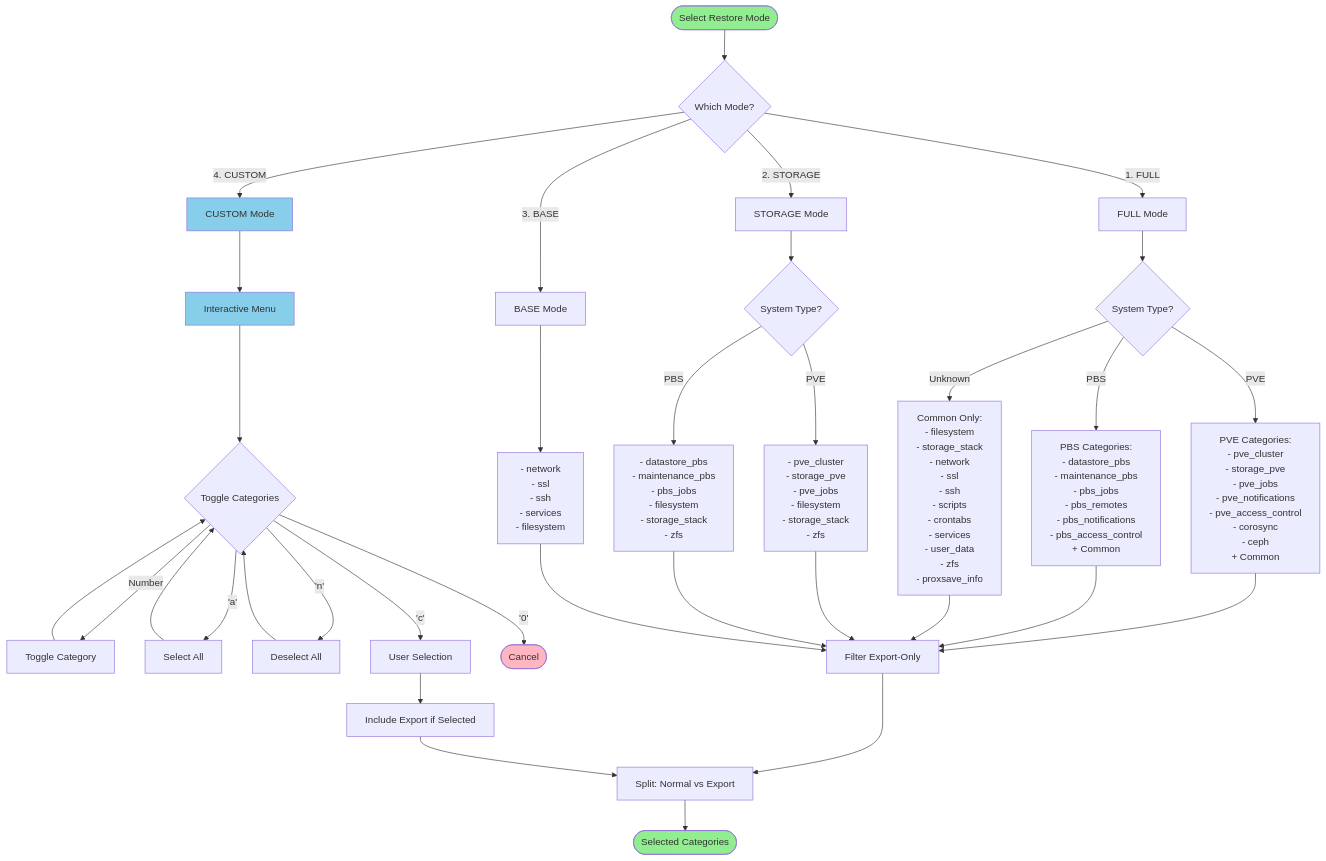
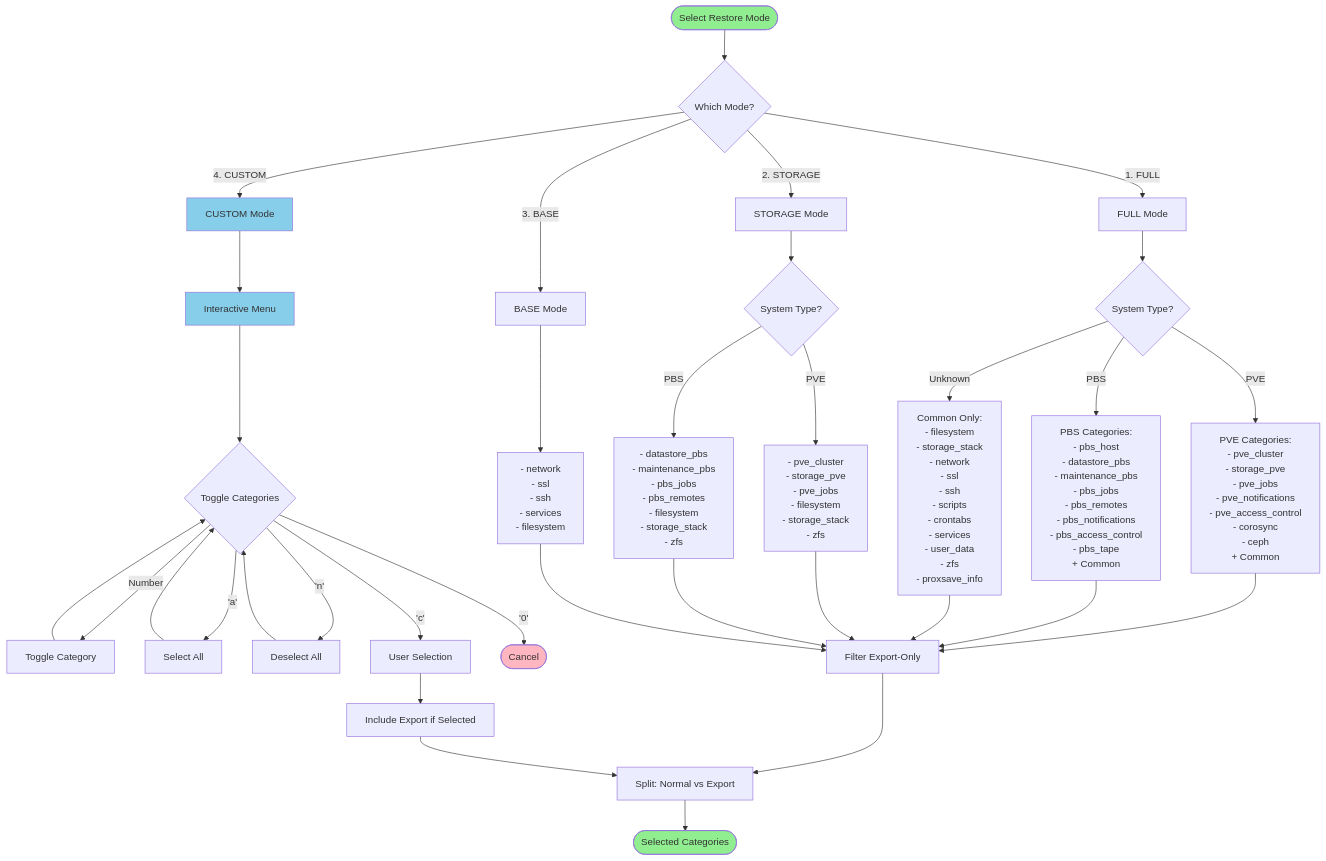
Before and after one commit to tis24dev/proxsave: the second of 12 diagrams in docs/RESTORE_DIAGRAMS.md, drawn with Mermaid. The commit also changed 8 other files, not shown here.

First line of the commit message:
Extend PBS restore coverage (host/integrations, tape, S3) and align categories/docs  Description

````diff
--- a/docs/RESTORE_DIAGRAMS.md
+++ b/docs/RESTORE_DIAGRAMS.md
@@ -91,49 +91,49 @@
 ```mermaid
 flowchart TD
     Start([Select Restore Mode]) --> Mode{Which Mode?}
 
     Mode -->|1. FULL| Full[FULL Mode]
     Mode -->|2. STORAGE| Storage[STORAGE Mode]
     Mode -->|3. BASE| Base[BASE Mode]
     Mode -->|4. CUSTOM| Custom[CUSTOM Mode]
 
     Full --> SystemFull{System Type?}
     SystemFull -->|PVE| PVEFull[PVE Categories:<br/>- pve_cluster<br/>- storage_pve<br/>- pve_jobs<br/>- pve_notifications<br/>- pve_access_control<br/>- corosync<br/>- ceph<br/>+ Common]
-    SystemFull -->|PBS| PBSFull[PBS Categories:<br/>- datastore_pbs<br/>- maintenance_pbs<br/>- pbs_jobs<br/>- pbs_remotes<br/>- pbs_notifications<br/>- pbs_access_control<br/>+ Common]
+    SystemFull -->|PBS| PBSFull[PBS Categories:<br/>- pbs_host<br/>- datastore_pbs<br/>- maintenance_pbs<br/>- pbs_jobs<br/>- pbs_remotes<br/>- pbs_notifications<br/>- pbs_access_control<br/>- pbs_tape<br/>+ Common]
     SystemFull -->|Unknown| CommonFull[Common Only:<br/>- filesystem<br/>- storage_stack<br/>- network<br/>- ssl<br/>- ssh<br/>- scripts<br/>- crontabs<br/>- services<br/>- user_data<br/>- zfs<br/>- proxsave_info]
 
     Storage --> SystemStorage{System Type?}
     SystemStorage -->|PVE| PVEStorage[- pve_cluster<br/>- storage_pve<br/>- pve_jobs<br/>- filesystem<br/>- storage_stack<br/>- zfs]
-    SystemStorage -->|PBS| PBSStorage[- datastore_pbs<br/>- maintenance_pbs<br/>- pbs_jobs<br/>- filesystem<br/>- storage_stack<br/>- zfs]
+    SystemStorage -->|PBS| PBSStorage[- datastore_pbs<br/>- maintenance_pbs<br/>- pbs_jobs<br/>- pbs_remotes<br/>- filesystem<br/>- storage_stack<br/>- zfs]
 
     Base --> BaseCats[- network<br/>- ssl<br/>- ssh<br/>- services<br/>- filesystem]
 
     Custom --> CheckboxMenu[Interactive Menu]
     CheckboxMenu --> ToggleLoop{Toggle Categories}
     ToggleLoop -->|Number| Toggle[Toggle Category]
     Toggle --> ToggleLoop
     ToggleLoop -->|'a'| SelectAll[Select All]
     SelectAll --> ToggleLoop
     ToggleLoop -->|'n'| DeselectAll[Deselect All]
     DeselectAll --> ToggleLoop
     ToggleLoop -->|'c'| CustomSelected[User Selection]
     ToggleLoop -->|'0'| Cancel([Cancel])
 
     PVEFull --> FilterExport[Filter Export-Only]
     PBSFull --> FilterExport
     CommonFull --> FilterExport
     PVEStorage --> FilterExport
     PBSStorage --> FilterExport
     BaseCats --> FilterExport
     CustomSelected --> NoFilter[Include Export if Selected]
 
     FilterExport --> Split[Split: Normal vs Export]
     NoFilter --> Split
     Split --> Result([Selected Categories])
 
     style Start fill:#90EE90
     style Result fill:#90EE90
     style Cancel fill:#FFB6C1
     style Custom fill:#87CEEB
     style CheckboxMenu fill:#87CEEB
 ```
````
